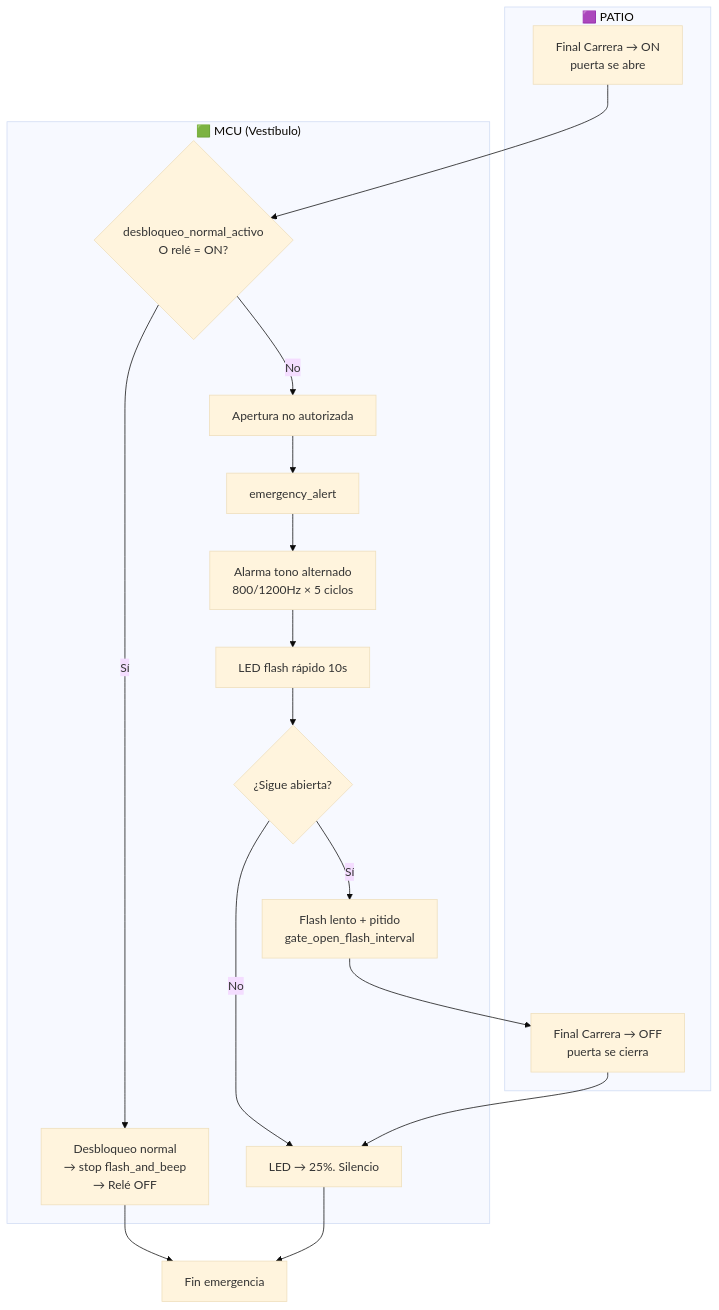
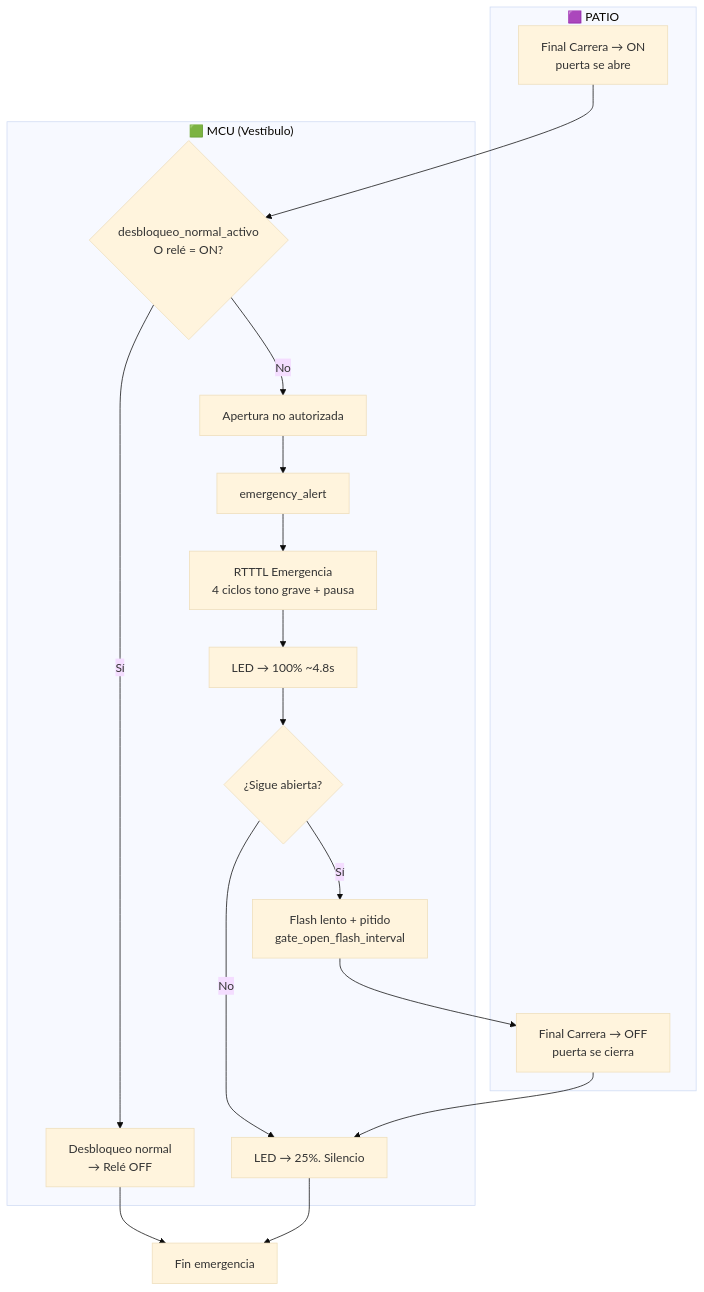
One commit to abelbour/Abrepuertas changed the tenth of 10 diagrams in SYSTEM_DEFINITION.md. Above: the diagram before and after it, drawn with Mermaid (base theme). The commit also changed other lines of this file and 2 other files, not shown here.

First line of the commit message:
feat: nuevas melodias RTTTL, apertura/emergencia RTTTL, bucle emergencia 60s

````diff
--- a/SYSTEM_DEFINITION.md
+++ b/SYSTEM_DEFINITION.md
@@ -597,25 +593,25 @@
 ```mermaid
 flowchart TD
     subgraph LOCK["🟪 PATIO"]
         FC_ON[Final Carrera → ON<br/>puerta se abre]
         FC_OFF[Final Carrera → OFF<br/>puerta se cierra]
     end
 
     subgraph MCU["🟩 MCU (Vestíbulo)"]
         EVT{desbloqueo_normal_activo<br/>O relé = ON?}
-        EVT -- Sí --> NORMAL[Desbloqueo normal<br/>→ stop flash_and_beep<br/>→ Relé OFF]
+        EVT -- Sí --> NORMAL[Desbloqueo normal<br/>→ Relé OFF]
         EVT -- No --> ALERT[Apertura no autorizada]
         ALERT --> EMERG[emergency_alert]
-        EMERG --> ALARM[Alarma tono alternado<br/>800/1200Hz × 5 ciclos]
-        ALARM --> FLASH[LED flash rápido 10s]
+        EMERG --> ALARM[RTTTL Emergencia<br/>4 ciclos tono grave + pausa]
+        ALARM --> FLASH[LED → 100% ~4.8s]
         FLASH --> CHECK{¿Sigue abierta?}
         CHECK -- Sí --> SLOW[Flash lento + pitido<br/>gate_open_flash_interval]
         CHECK -- No --> SILENT[LED → 25%. Silencio]
         SLOW --> FC_OFF
         FC_OFF --> SILENT
     end
 
     FC_ON --> EVT
     NORMAL --> FIN[Fin emergencia]
     SILENT --> FIN
 ```
````
